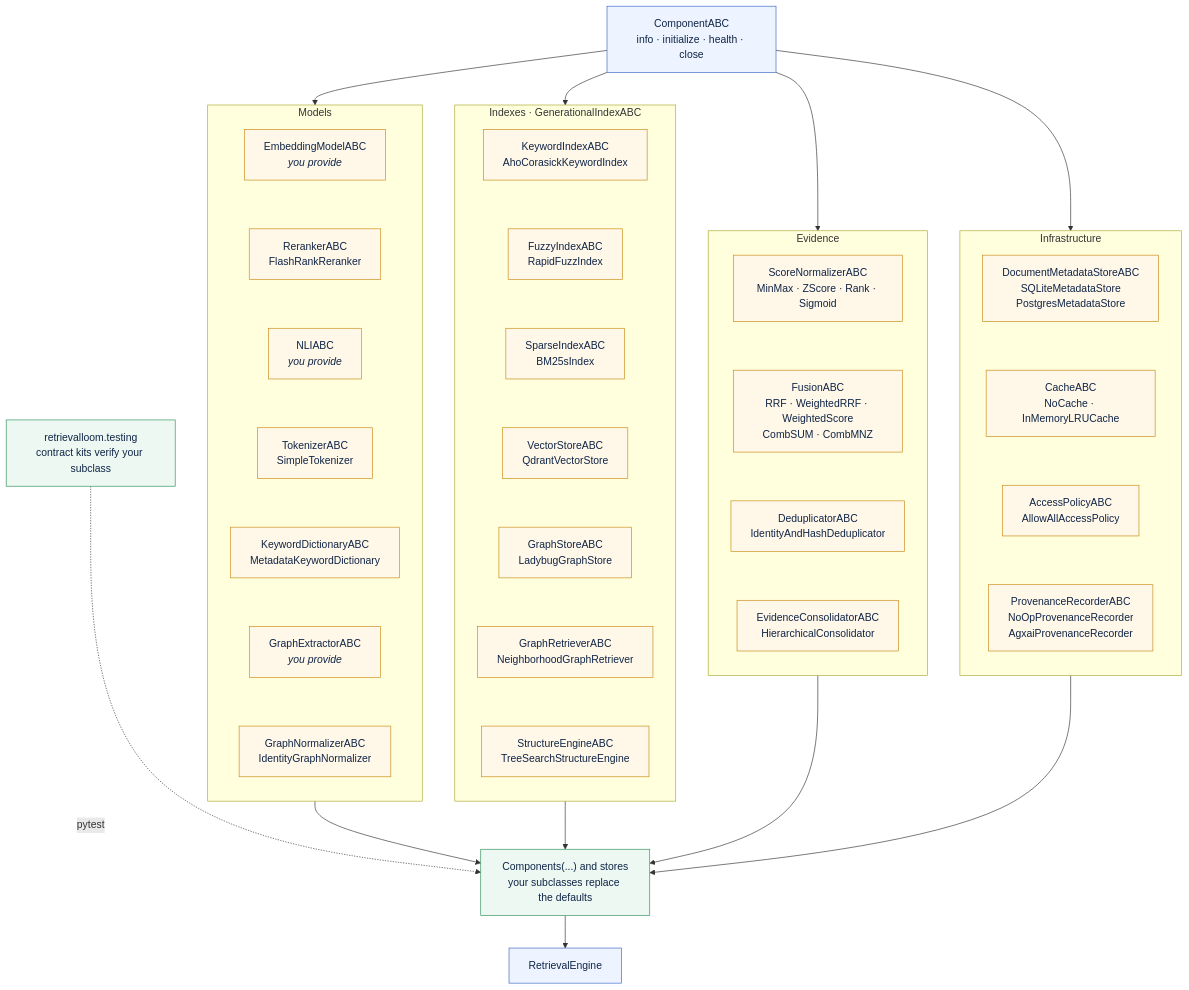
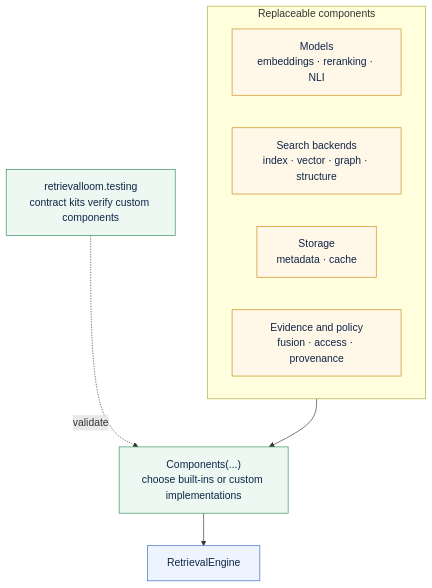
Before and after one commit to smuniharish/retrievalloom: the diagram in diagrams/extensibility.mmd, drawn with Mermaid. The commit also changed 57 other files, not shown here.

```diff
--- a/diagrams/extensibility.mmd
+++ b/diagrams/extensibility.mmd
@@ -1,57 +1,20 @@
 flowchart TB
     classDef app fill:#ecf8f1,stroke:#2f8f5b,color:#0f2547
     classDef core fill:#eef4ff,stroke:#3567c7,color:#0f2547
     classDef provider fill:#fff7e8,stroke:#c98a12,color:#0f2547
 
-    base["ComponentABC<br/>info · initialize · health · close"]:::core
-
-    subgraph Models["Models"]
-        direction TB
-        embedding["EmbeddingModelABC<br/><i>you provide</i>"]:::provider
-        reranker["RerankerABC<br/>FlashRankReranker"]:::provider
-        nli["NLIABC<br/><i>you provide</i>"]:::provider
-        tokenizer["TokenizerABC<br/>SimpleTokenizer"]:::provider
-        dictionary["KeywordDictionaryABC<br/>MetadataKeywordDictionary"]:::provider
-        extractor["GraphExtractorABC<br/><i>you provide</i>"]:::provider
-        normalizer["GraphNormalizerABC<br/>IdentityGraphNormalizer"]:::provider
-        embedding ~~~ reranker ~~~ nli ~~~ tokenizer ~~~ dictionary ~~~ extractor ~~~ normalizer
+    subgraph Components["Replaceable components"]
+        direction LR
+        models["Models<br/>embeddings · reranking · NLI"]:::provider
+        search["Search backends<br/>index · vector · graph · structure"]:::provider
+        storage["Storage<br/>metadata · cache"]:::provider
+        evidence["Evidence and policy<br/>fusion · access · provenance"]:::provider
     end
 
-    subgraph Indexes["Indexes · GenerationalIndexABC"]
-        direction TB
-        keyword["KeywordIndexABC<br/>AhoCorasickKeywordIndex"]:::provider
-        fuzzy["FuzzyIndexABC<br/>RapidFuzzIndex"]:::provider
-        sparse["SparseIndexABC<br/>BM25sIndex"]:::provider
-        vector["VectorStoreABC<br/>QdrantVectorStore"]:::provider
-        graphstore["GraphStoreABC<br/>LadybugGraphStore"]:::provider
-        retriever["GraphRetrieverABC<br/>NeighborhoodGraphRetriever"]:::provider
-        structure["StructureEngineABC<br/>TreeSearchStructureEngine"]:::provider
-        keyword ~~~ fuzzy ~~~ sparse ~~~ vector ~~~ graphstore ~~~ retriever ~~~ structure
-    end
-
-    subgraph Evidence["Evidence"]
-        direction TB
-        normalize["ScoreNormalizerABC<br/>MinMax · ZScore · Rank · Sigmoid"]:::provider
-        fusion["FusionABC<br/>RRF · WeightedRRF · WeightedScore<br/>CombSUM · CombMNZ"]:::provider
-        dedup["DeduplicatorABC<br/>IdentityAndHashDeduplicator"]:::provider
-        consolidator["EvidenceConsolidatorABC<br/>HierarchicalConsolidator"]:::provider
-        normalize ~~~ fusion ~~~ dedup ~~~ consolidator
-    end
-
-    subgraph Infrastructure["Infrastructure"]
-        direction TB
-        metadata["DocumentMetadataStoreABC<br/>SQLiteMetadataStore<br/>PostgresMetadataStore"]:::provider
-        cache["CacheABC<br/>NoCache · InMemoryLRUCache"]:::provider
-        access["AccessPolicyABC<br/>AllowAllAccessPolicy"]:::provider
-        recorder["ProvenanceRecorderABC<br/>NoOpProvenanceRecorder<br/>AgxaiProvenanceRecorder"]:::provider
-        metadata ~~~ cache ~~~ access ~~~ recorder
-    end
-
-    components["Components(...) and stores<br/>your subclasses replace the defaults"]:::app
-    kits["retrievalloom.testing<br/>contract kits verify your subclass"]:::app
+    components["Components(...)<br/>choose built-ins or custom implementations"]:::app
+    kits["retrievalloom.testing<br/>contract kits verify custom components"]:::app
     engine["RetrievalEngine"]:::core
 
-    base --> Models & Indexes & Evidence & Infrastructure
-    Models & Indexes & Evidence & Infrastructure --> components
-    kits -. "pytest" .-> components
+    Components --> components
+    kits -. "validate" .-> components
     components --> engine
```
